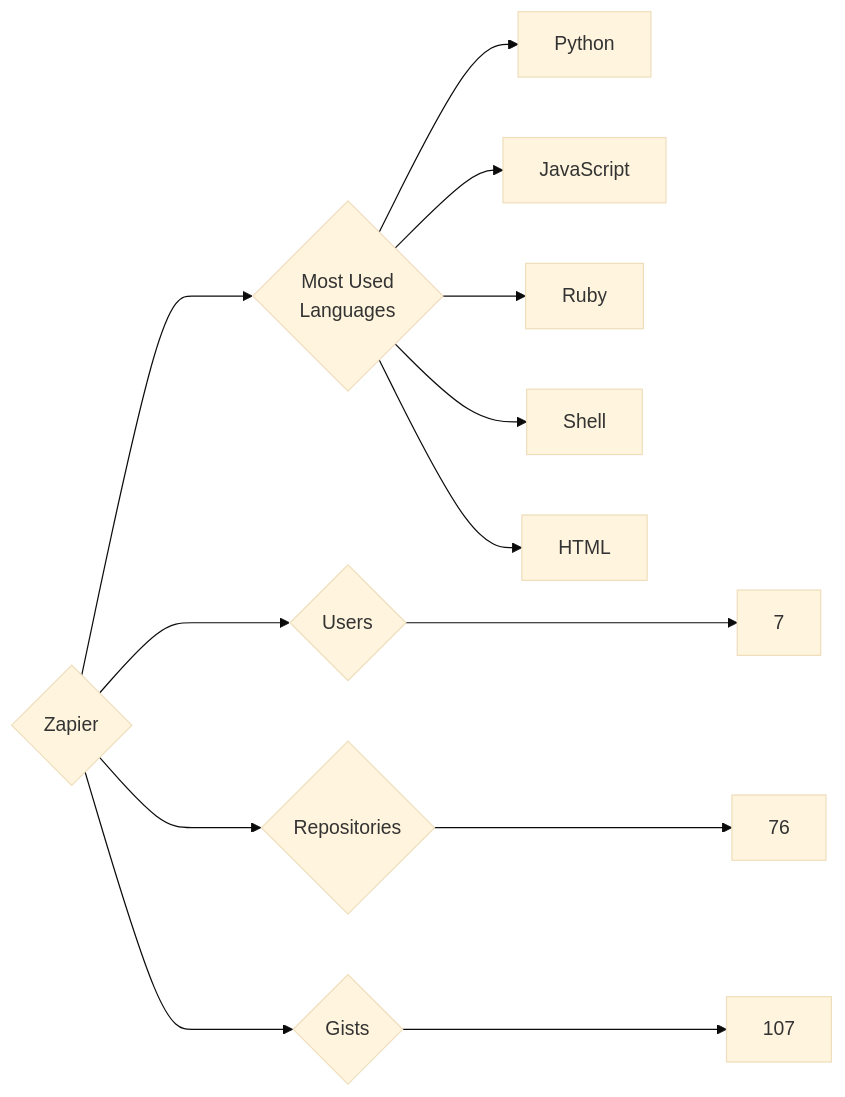
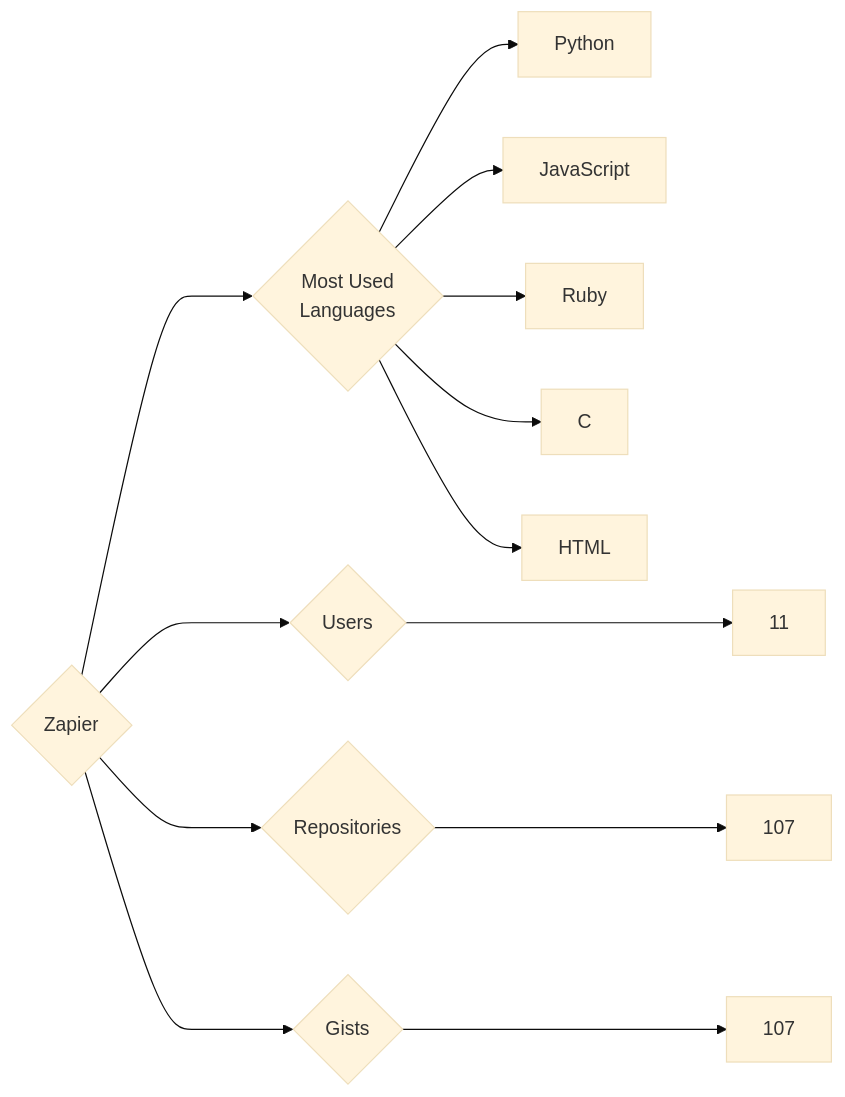
The diagram in targets/Zapier/README.md (trickest/insiders), drawn with Mermaid (base theme) before and after one commit. The commit also changed 1389 other files, not shown here.

````diff
--- a/targets/Zapier/README.md
+++ b/targets/Zapier/README.md
@@ -3,13 +3,13 @@
 ```mermaid
 graph LR
 COMPANY_NAME{Zapier}
-COMPANY_NAME ---> U{Users} ---> UN[7]
-COMPANY_NAME ---> R{Repositories} ---> RN[76]
+COMPANY_NAME ---> U{Users} ---> UN[11]
+COMPANY_NAME ---> R{Repositories} ---> RN[107]
 COMPANY_NAME ---> G{Gists} ---> GN[107]
 COMPANY_NAME ---> ML{Most Used<br>Languages}
 ML --> Python[Python]
 ML --> JavaScript[JavaScript]
 ML --> Ruby[Ruby]
-ML --> Shell[Shell]
+ML --> C[C]
 ML --> HTML[HTML]
 ```
````
